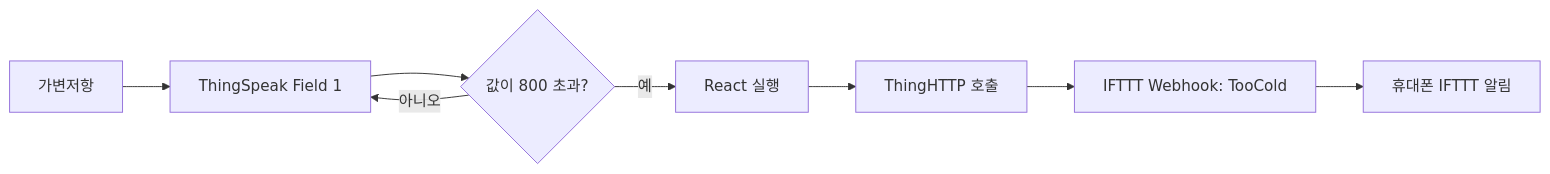
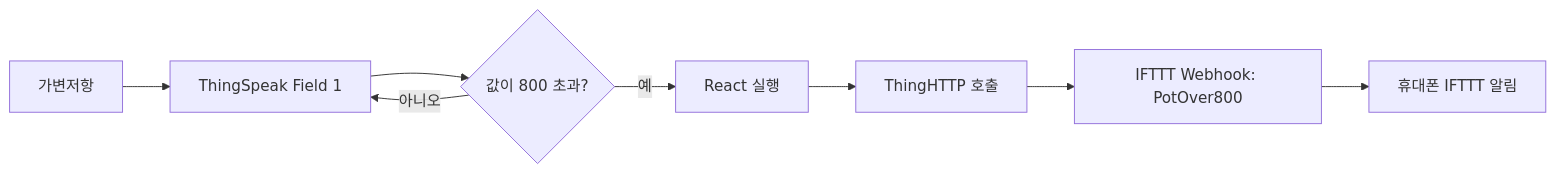
One commit to MNDW100/alram changed the diagram in README.md. Above: the diagram before and after it, drawn with Mermaid. The commit also changed other lines of this file, not shown here.

Commit message:
Correct webhook event and record applet run

````diff
--- a/README.md
+++ b/README.md
@@ -24,10 +24,10 @@
 ```mermaid
 flowchart LR
     A[가변저항] --> B[ThingSpeak Field 1]
     B --> C{값이 800 초과?}
     C -->|예| D[React 실행]
     D --> E[ThingHTTP 호출]
-    E --> F[IFTTT Webhook: TooCold]
+    E --> F[IFTTT Webhook: PotOver800]
     F --> G[휴대폰 IFTTT 알림]
     C -->|아니오| B
 ```
````
